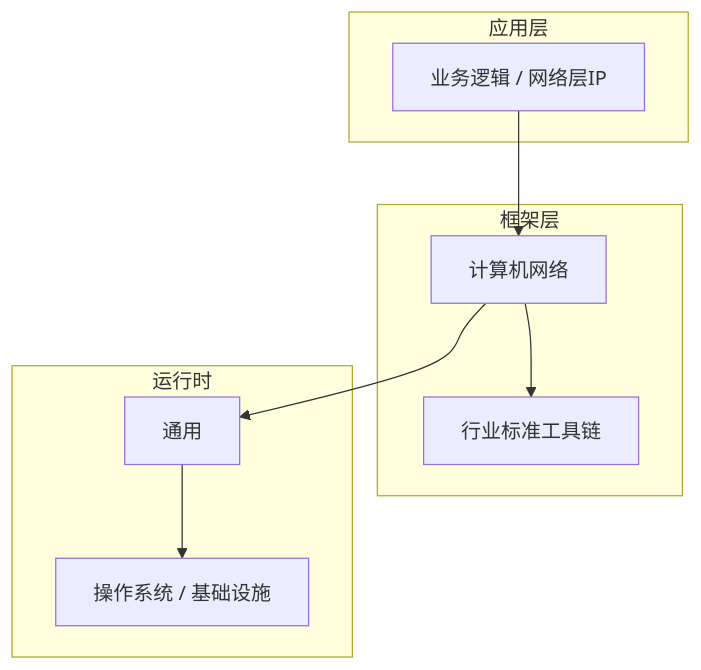
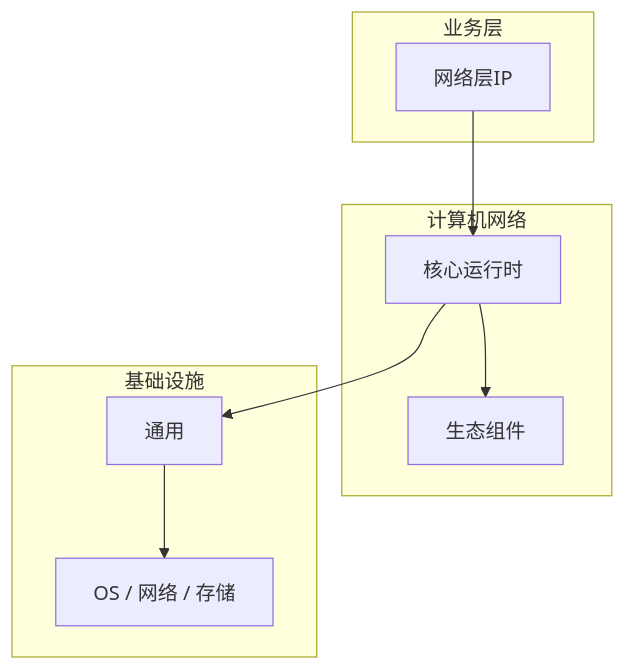
Before and after one commit to yanggan2015/knowledge-json-v2: the diagram in articles/计算机网络/chapters/025-网络层IP核心概念与原理.md, drawn with Mermaid. The commit also changed other lines of this file and 10127 other files, not shown here.

````diff
--- a/articles/计算机网络/chapters/025-网络层IP核心概念与原理.md
+++ b/articles/计算机网络/chapters/025-网络层IP核心概念与原理.md
@@ -45,18 +34,18 @@
 ```mermaid
 graph TB
-    subgraph 应用层
-        A[业务逻辑 / 网络层IP]
+    subgraph 业务层
+        A[网络层IP]
     end
-    subgraph 框架层
-        B[计算机网络]
-        C[行业标准工具链]
+    subgraph 计算机网络
+        B[核心运行时]
+        C[生态组件]
     end
-    subgraph 运行时
+    subgraph 基础设施
         D[通用]
-        E[操作系统 / 基础设施]
+        E[OS / 网络 / 存储]
     end
     A --> B
     B --> C
     B --> D
     D --> E
 ```
````
